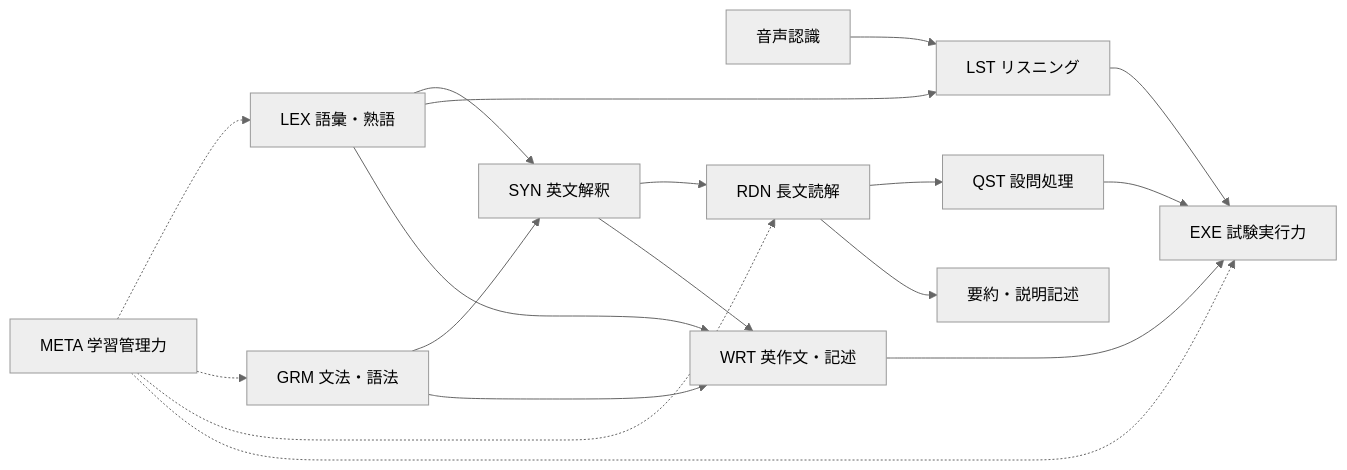
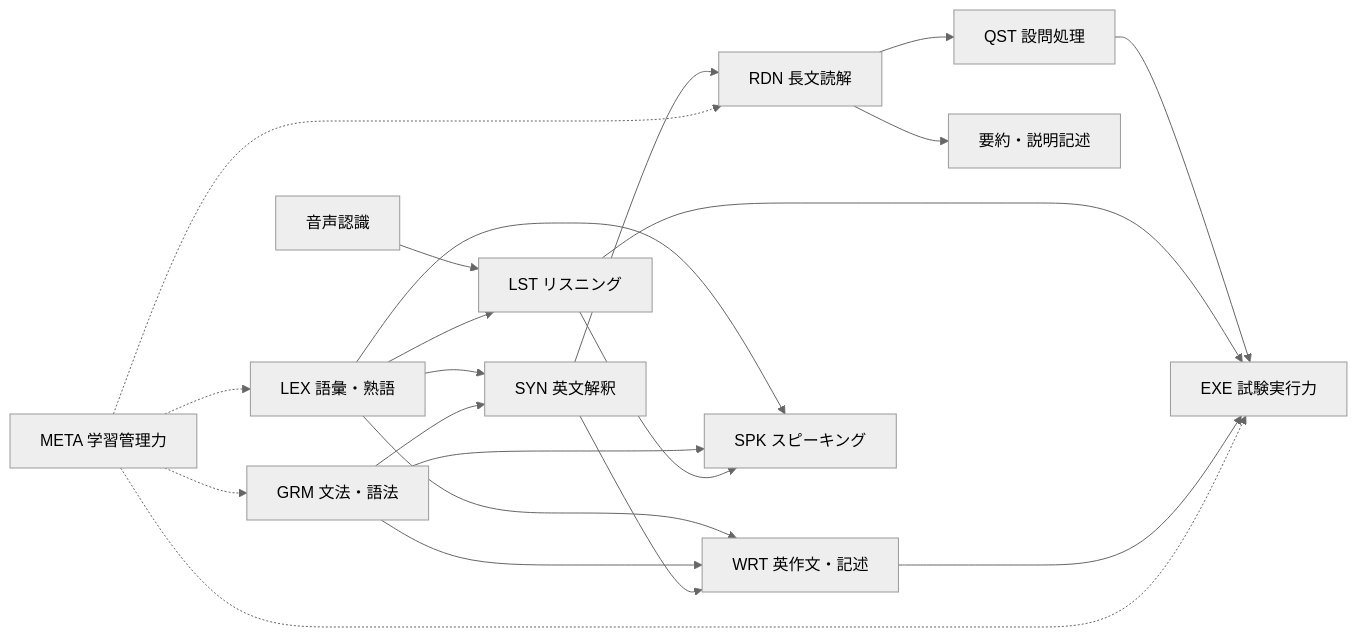
One commit to McMasatoshiKikuchi/university-entrance-english-optimization changed the diagram in docs/ability-map.md. Above: the diagram before and after it, drawn with Mermaid (neutral theme). The commit also changed other lines of this file, not shown here.

````diff
--- a/docs/ability-map.md
+++ b/docs/ability-map.md
@@ -7,20 +7,23 @@
 ```mermaid
 flowchart LR
     LEX["LEX 語彙・熟語"] --> SYN["SYN 英文解釈"]
     GRM["GRM 文法・語法"] --> SYN
     PHN["音声認識"] --> LST["LST リスニング"]
     LEX --> LST
     SYN --> RDN["RDN 長文読解"]
     RDN --> QST["QST 設問処理"]
     LEX --> WRT["WRT 英作文・記述"]
     GRM --> WRT
     SYN --> WRT
+    LEX --> SPK["SPK スピーキング"]
+    GRM --> SPK
+    LST --> SPK
     RDN --> SUM["要約・説明記述"]
     QST --> EXE["EXE 試験実行力"]
     LST --> EXE
     WRT --> EXE
     META["META 学習管理力"] -.-> LEX
     META -.-> GRM
     META -.-> RDN
     META -.-> EXE
 ```
````
